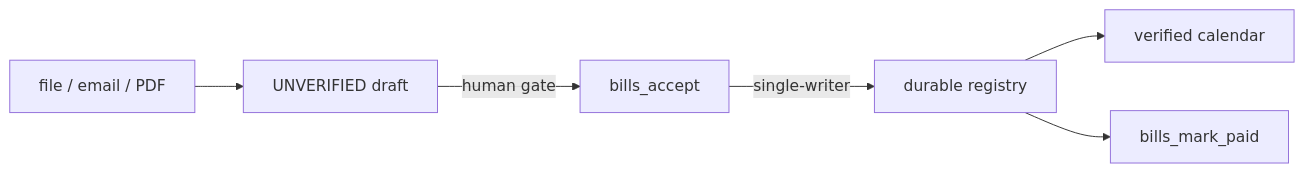
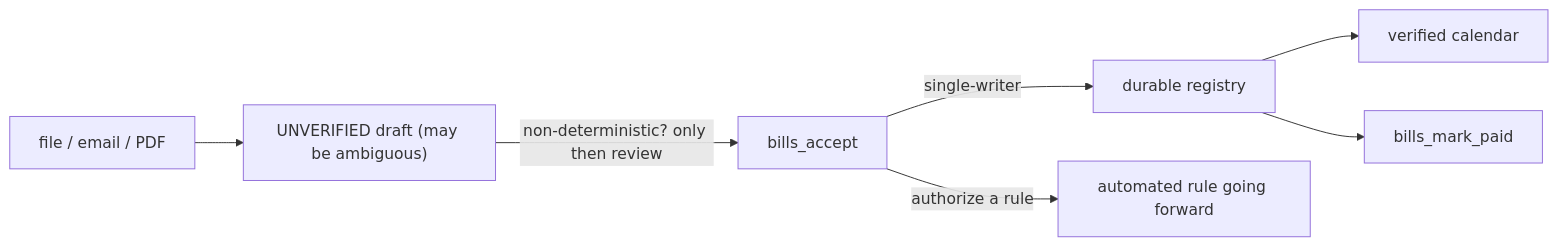
Before and after one commit to makeroftools/agent-centric: the second of 2 diagrams in README.md, drawn with Mermaid. The commit also changed other lines of this file and 1 other file, not shown here.

First line of the commit message:
docs(readme): reframe human-accept as non-determinism gate

````diff
--- a/README.md
+++ b/README.md
@@ -152,8 +157,9 @@
 ```mermaid
 flowchart LR
-    A[file / email / PDF] --> B[UNVERIFIED draft]
-    B -->|human gate| C[bills_accept]
-    C -->|single-writer| D[durable registry]
-    D --> E[verified calendar]
-    D --> F[bills_mark_paid]
+  A[file / email / PDF] --> B["UNVERIFIED draft (may be ambiguous)"]
+  B -->|"non-deterministic? only then review"| C[bills_accept]
+  C -->|"single-writer"| D[durable registry]
+  C -->|"authorize a rule"| R[automated rule going forward]
+  D --> E[verified calendar]
+  D --> F[bills_mark_paid]
 ```
````
